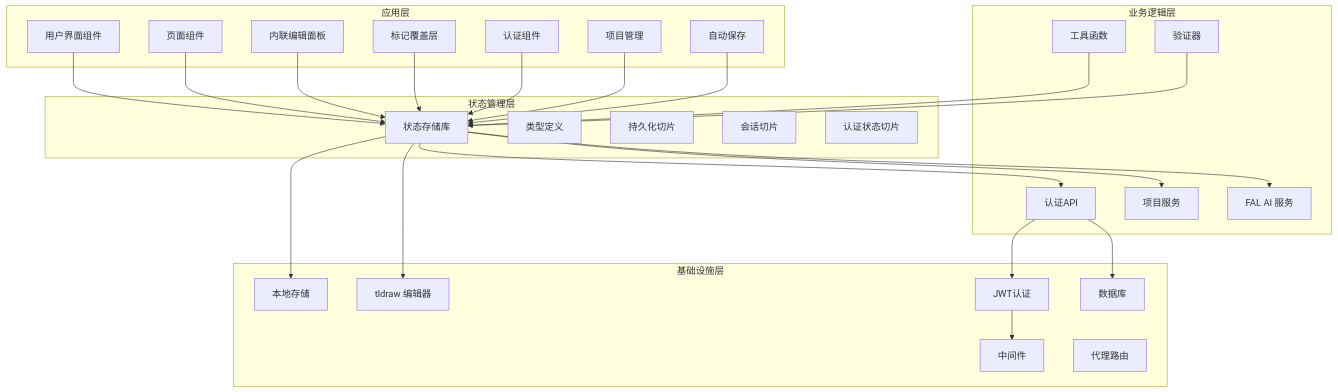
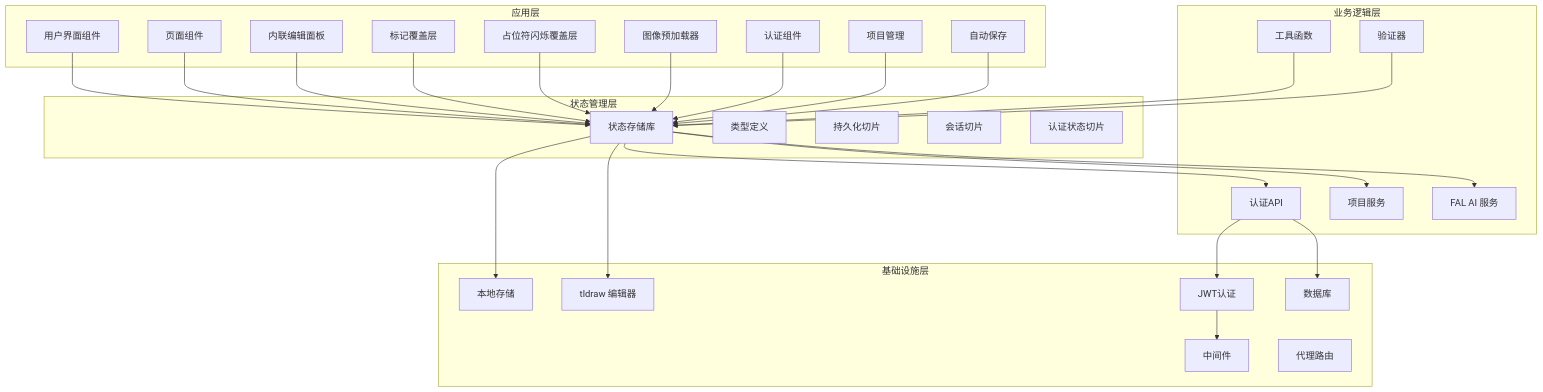
The first of 18 diagrams in .qoder/repowiki/zh/content/状态管理系统.md (billye220670/BananaFlow2), drawn with Mermaid before and after one commit. The commit also changed other lines of this file and 6 other files, not shown here.

````diff
--- a/.qoder/repowiki/zh/content/状态管理系统.md
+++ b/.qoder/repowiki/zh/content/状态管理系统.md
@@ -64,51 +65,55 @@
 ```mermaid
 graph TB
 subgraph "应用层"
 UI[用户界面组件]
 Pages[页面组件]
 InlineEdit[内联编辑面板]
 MarkerOverlay[标记覆盖层]
 Auth[认证组件]
 Projects[项目管理]
 AutoSave[自动保存]
+PlaceholderOverlay[占位符闪烁覆盖层]
+ImagePreloader[图像预加载器]
 end
 subgraph "状态管理层"
 Store[状态存储库]
 Types[类型定义]
 PersistedSlice[持久化切片]
 SessionSlice[会话切片]
 AuthSlice[认证状态切片]
 end
 subgraph "业务逻辑层"
 AuthAPI[认证API]
 ProjectService[项目服务]
 FAL[FAL AI 服务]
 Utils[工具函数]
 Validation[验证器]
 end
 subgraph "基础设施层"
 Middleware[中间件]
 Proxy[代理路由]
 Storage[本地存储]
 Tldraw[tldraw 编辑器]
 JWT[JWT认证]
 Supabase[数据库]
 end
 UI --> Store
 Pages --> Store
 InlineEdit --> Store
 MarkerOverlay --> Store
+PlaceholderOverlay --> Store
+ImagePreloader --> Store
 Auth --> Store
 Projects --> Store
 AutoSave --> Store
 Store --> AuthAPI
 Store --> ProjectService
 Store --> FAL
 Store --> Storage
 Store --> Tldraw
 AuthAPI --> JWT
 AuthAPI --> Supabase
 JWT --> Middleware
 Utils --> Store
 Validation --> Store
 ```
````
